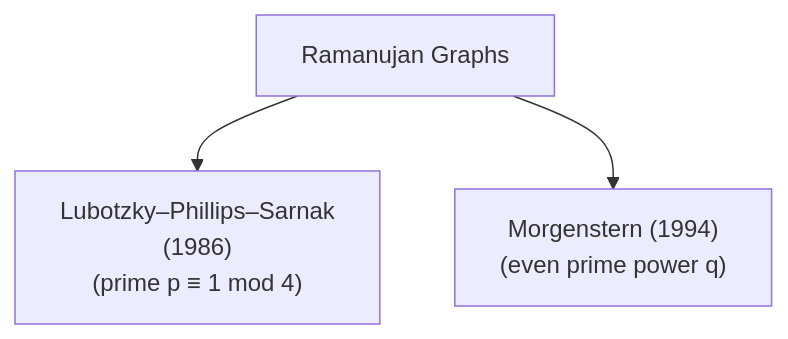
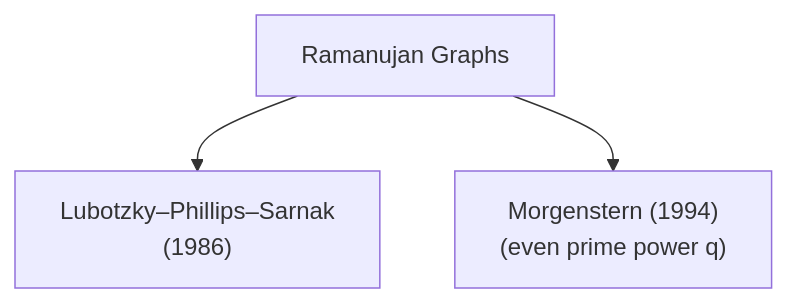
Before and after one commit to QuantumSavory/QuantumExpanders.jl: the second of 2 diagrams in docs/src/index.md, drawn with Mermaid. The commit also changed other lines of this file and 6 other files, not shown here.

````diff
--- a/docs/src/index.md
+++ b/docs/src/index.md
@@ -85,6 +83,6 @@
 ```mermaid
 flowchart TB
     A["Ramanujan Graphs"]
-    A --> B["Lubotzky–Phillips–Sarnak <br>(1986)<br/>(prime p ≡ 1 mod 4)"]
+    A --> B["Lubotzky–Phillips–Sarnak <br>(1986)<br/>"]
     A --> C["Morgenstern (1994)<br/>(even prime power q)"]
 ```
````
